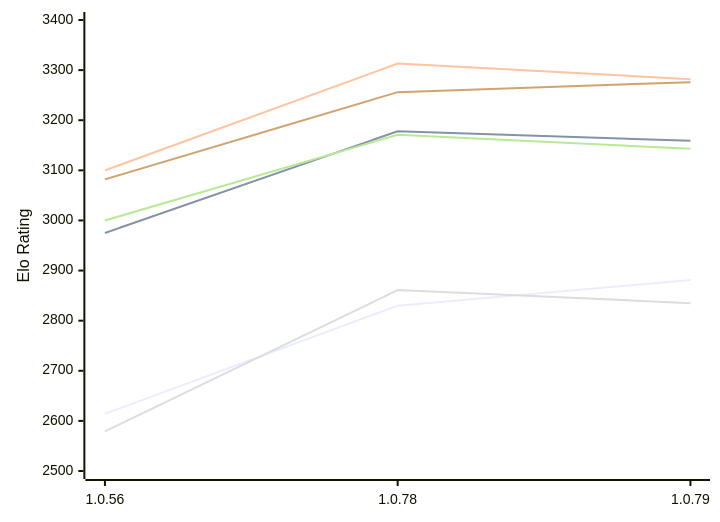
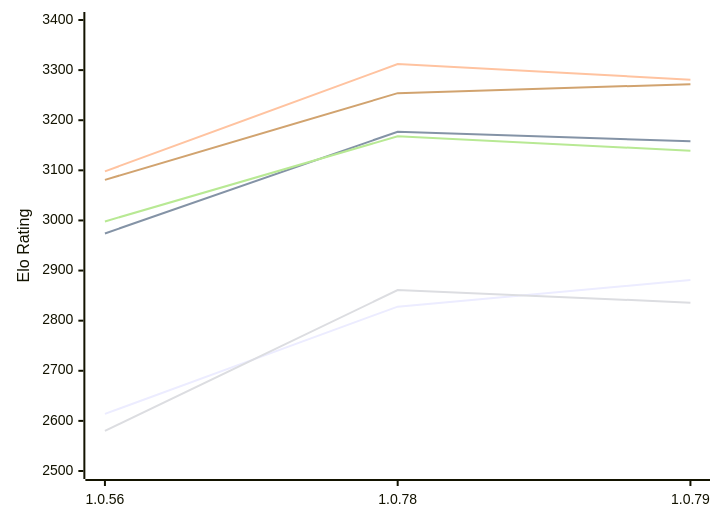
One commit to computer-chess-index/cci changed the first of 2 diagrams in engines/RustyRival.md. Above: the diagram before and after it, drawn with Mermaid. The commit also changed other lines of this file, not shown here.

Commit message:
Update CCI Ratings (ELO VLTC) - 2026-11-19

````diff
--- a/engines/RustyRival.md
+++ b/engines/RustyRival.md
@@ -65,12 +65,12 @@
 ```mermaid
 %%{init: {"theme":"base","themeVariables":{"seriesColors:['#a3a3a3','#222221','#faa371']}}}%%
 xychart-beta
   x-axis ["1.0.56", "1.0.78", "1.0.79"]
   y-axis "Elo Rating" 2500 --> 3400
-  line "E1: STC (8.0+0.08s)" [2614, 2830, 2881]
-  line "E1: LTC (60.0+0.60s)" [2975, 3178, 3159]
-  line "E1: VLTC (2m24s+1.12s)" [3100, 3313, 3282]
-  line "P1: STC (8.0+0.08s)" [2579, 2861, 2835]
-  line "P1: LTC (60.0+0.60s)" [3000, 3171, 3143]
-  line "P1: VLTC (2m24s+1.12s)" [3082, 3256, 3276]
+  line "E1: STC (8.0+0.08s)" [2614, 2828, 2881]
+  line "E1: LTC (60.0+0.60s)" [2974, 3177, 3158]
+  line "E1: VLTC (2m24s+1.12s)" [3098, 3312, 3281]
+  line "P1: STC (8.0+0.08s)" [2580, 2861, 2836]
+  line "P1: LTC (60.0+0.60s)" [2998, 3168, 3139]
+  line "P1: VLTC (2m24s+1.12s)" [3081, 3254, 3272]
 ```
````
